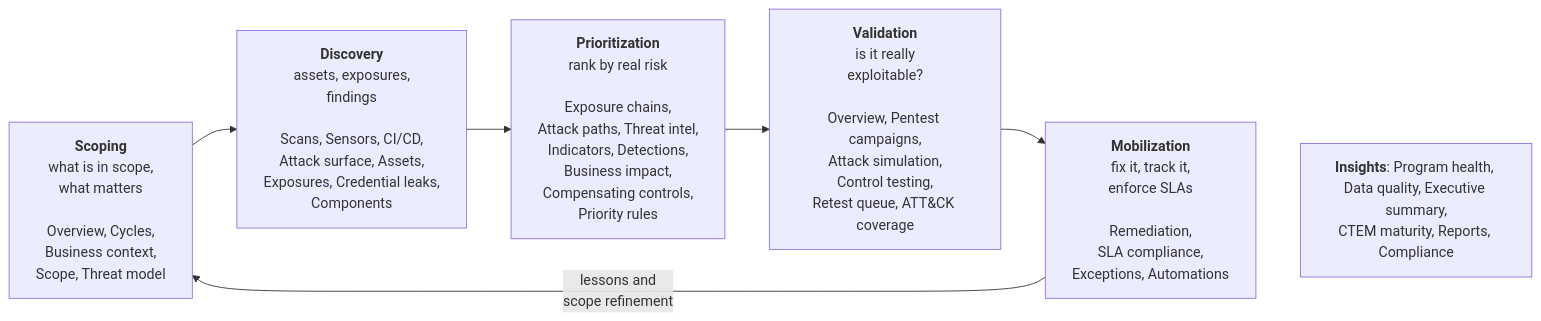
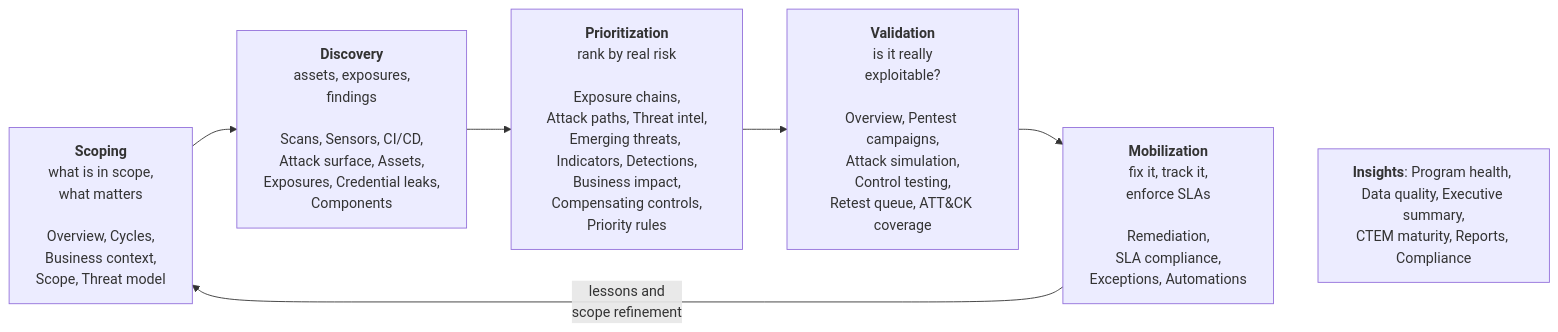
Before and after one commit to openctemio/docs: the diagram in user-guide/index.md, drawn with Mermaid. The commit also changed other lines of this file and 258 other files, not shown here.

````diff
--- a/user-guide/index.md
+++ b/user-guide/index.md
@@ -27,12 +30,12 @@
 ```mermaid
 flowchart LR
     S["<b>Scoping</b><br/>what is in scope,<br/>what matters<br/><br/>Overview, Cycles,<br/>Business context,<br/>Scope, Threat model"]
     D["<b>Discovery</b><br/>assets, exposures,<br/>findings<br/><br/>Scans, Sensors, CI/CD,<br/>Attack surface, Assets,<br/>Exposures, Credential leaks,<br/>Components"]
-    P["<b>Prioritization</b><br/>rank by real risk<br/><br/>Exposure chains,<br/>Attack paths, Threat intel,<br/>Indicators, Detections,<br/>Business impact,<br/>Compensating controls,<br/>Priority rules"]
+    P["<b>Prioritization</b><br/>rank by real risk<br/><br/>Exposure chains,<br/>Attack paths, Threat intel,<br/>Emerging threats, Indicators, Detections,<br/>Business impact,<br/>Compensating controls,<br/>Priority rules"]
     V["<b>Validation</b><br/>is it really<br/>exploitable?<br/><br/>Overview, Pentest campaigns,<br/>Attack simulation,<br/>Control testing,<br/>Retest queue, ATT&CK coverage"]
     M["<b>Mobilization</b><br/>fix it, track it,<br/>enforce SLAs<br/><br/>Remediation,<br/>SLA compliance,<br/>Exceptions, Automations"]
     S --> D --> P --> V --> M
     M -->|"lessons and<br/>scope refinement"| S
     I["<b>Insights</b>: Program health, Data quality, Executive summary,<br/>CTEM maturity, Reports, Compliance"]
     M ~~~ I
 ```
````
